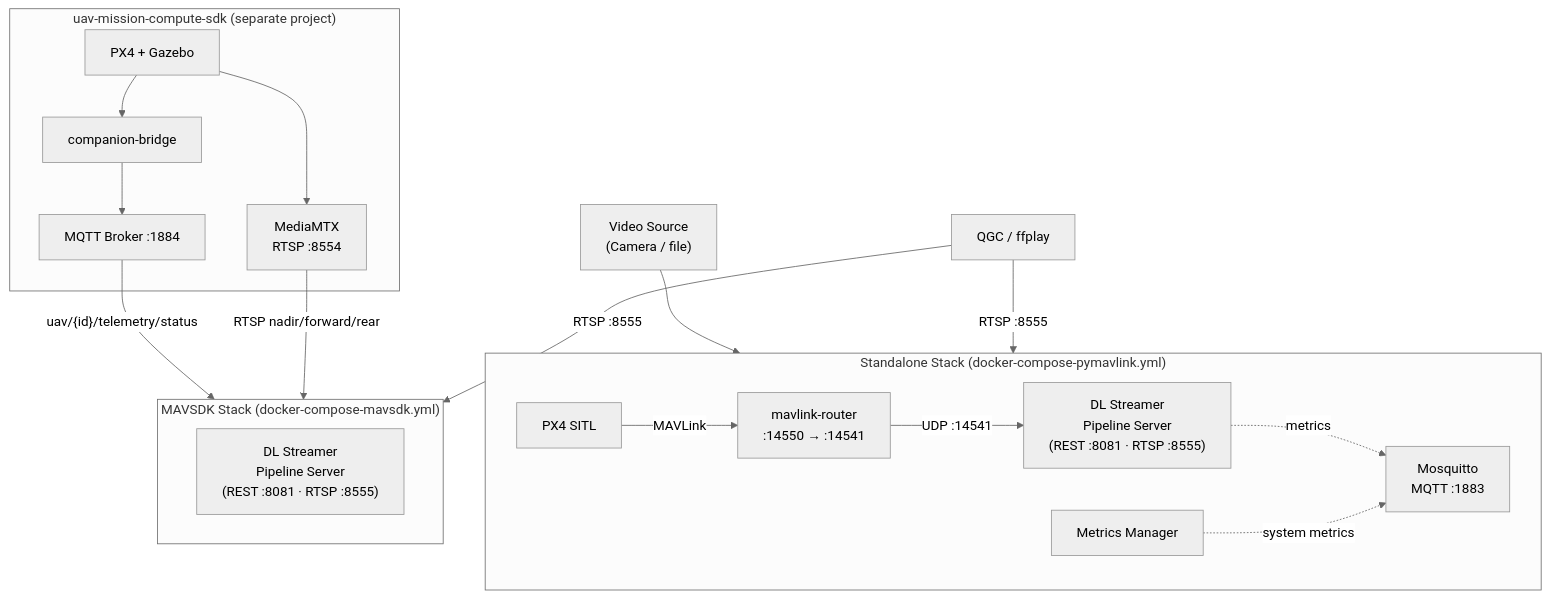
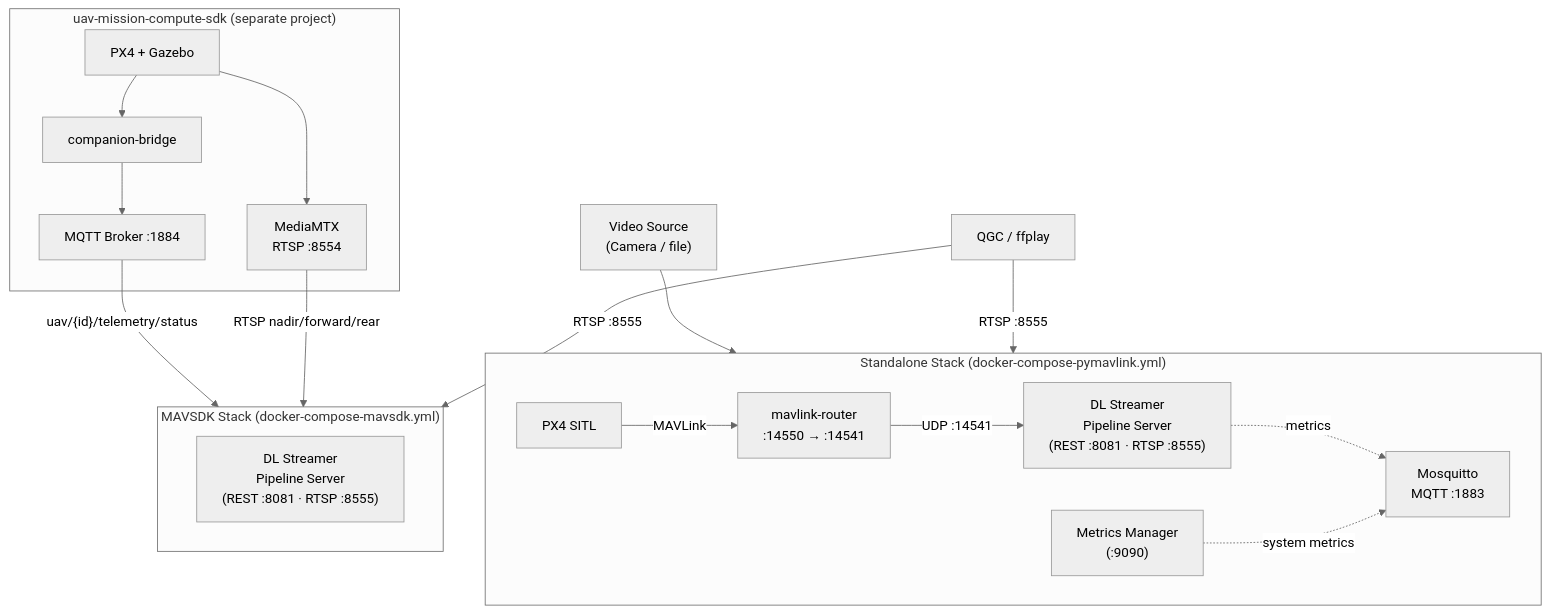
One commit to open-edge-platform/edge-ai-suites changed the first of 2 diagrams in federal-aerospace/docs/uav-vision-analytics/user-guide.md. Above: the diagram before and after it, drawn with Mermaid (neutral theme). The commit also changed other lines of this file and 10 other files, not shown here.

````diff
--- a/federal-aerospace/docs/uav-vision-analytics/user-guide.md
+++ b/federal-aerospace/docs/uav-vision-analytics/user-guide.md
@@ -32,37 +32,37 @@
 ```mermaid
 flowchart TB
     subgraph PyMav["Standalone Stack (docker-compose-pymavlink.yml)"]
         direction LR
         PX4["PX4 SITL"]
         ROUTER["mavlink-router\n:14550 → :14541"]
         BROKER["Mosquitto\nMQTT :1883"]
         DLSPS["DL Streamer\nPipeline Server\n(REST :8081 · RTSP :8555)"]
-        MM["Metrics Manager"]
+        MM["Metrics Manager\n(:9090)"]
 
         PX4 -->|"MAVLink"| ROUTER
         ROUTER -->|"UDP :14541"| DLSPS
         DLSPS -.->|"metrics"| BROKER
         MM -.->|"system metrics"| BROKER
     end
 
     subgraph SDKStack["MAVSDK Stack (docker-compose-mavsdk.yml)"]
         direction LR
         DLSPS2["DL Streamer\nPipeline Server\n(REST :8081 · RTSP :8555)"]
     end
 
     subgraph SDK["uav-mission-compute-sdk (separate project)"]
         PX4E["PX4 + Gazebo"]
         BRIDGE["companion-bridge"]
         MQTTE["MQTT Broker :1884"]
         MEDIAMTX["MediaMTX\nRTSP :8554"]
         PX4E --> BRIDGE --> MQTTE
         PX4E --> MEDIAMTX
     end
 
     MQTTE -->|"uav/{id}/telemetry/status"| DLSPS2
     MEDIAMTX -->|"RTSP nadir/forward/rear"| DLSPS2
 
     VIDEO["Video Source\n(Camera / file)"] --> DLSPS
     CLIENT["QGC / ffplay"] -->|"RTSP :8555"| DLSPS
     CLIENT -->|"RTSP :8555"| DLSPS2
 ```
````
